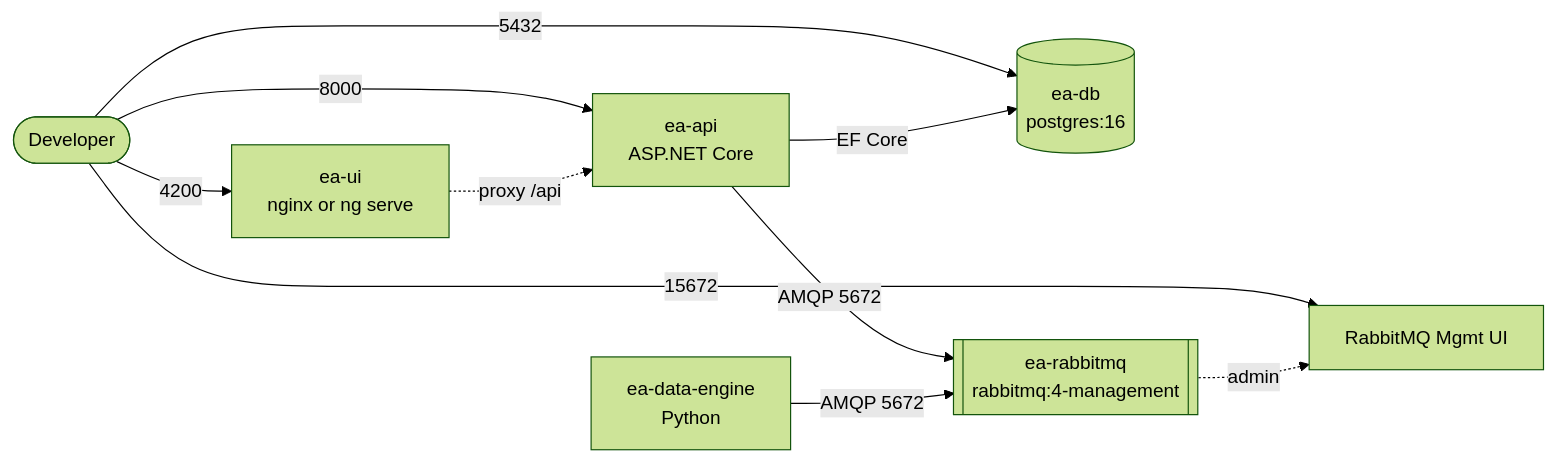
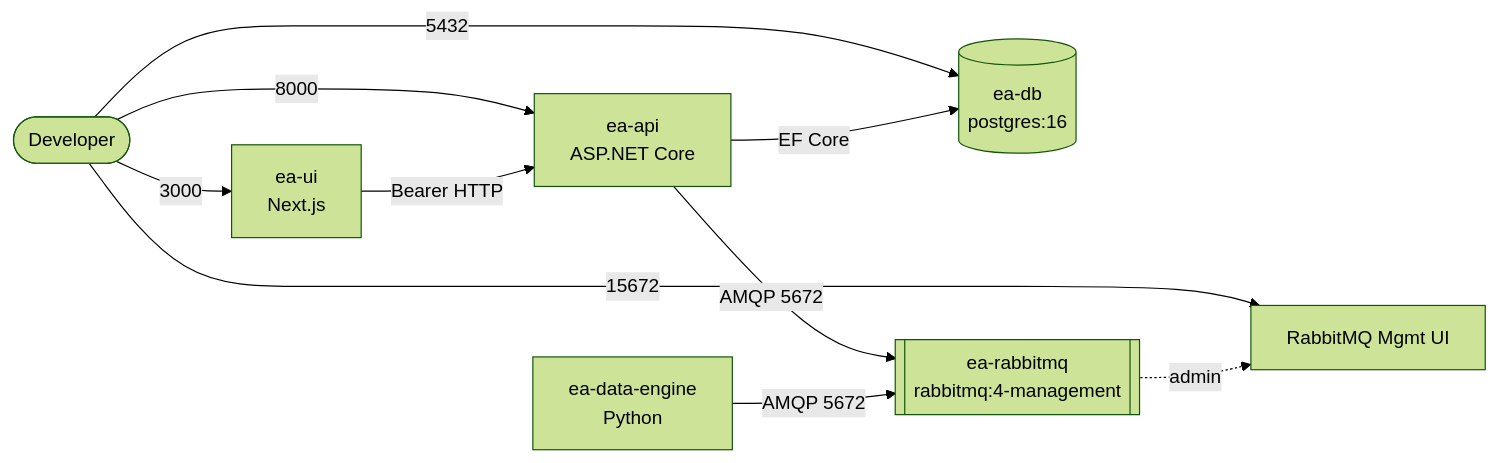
One commit to awpala/enterprise-app changed the diagram in deploy/README.md. Above: the diagram before and after it, drawn with Mermaid (forest theme). The commit also changed other lines of this file and 331 other files, not shown here.

````diff
--- a/deploy/README.md
+++ b/deploy/README.md
@@ -16,12 +16,12 @@
 ```mermaid
 flowchart LR
-    dev([Developer]) -->|4200| ui[ea-ui<br/>nginx or ng serve]
+    dev([Developer]) -->|3000| ui[ea-ui<br/>Next.js]
     dev -->|8000| api[ea-api<br/>ASP.NET Core]
     dev -->|15672| mqui[RabbitMQ Mgmt UI]
     dev -->|5432| pg[(ea-db<br/>postgres:16)]
-    ui -.proxy /api.-> api
+    ui -->|Bearer HTTP| api
     api -->|EF Core| pg
     api -->|AMQP 5672| mq[[ea-rabbitmq<br/>rabbitmq:4-management]]
     de[ea-data-engine<br/>Python] -->|AMQP 5672| mq
     mq -.admin.-> mqui
 ```
````
